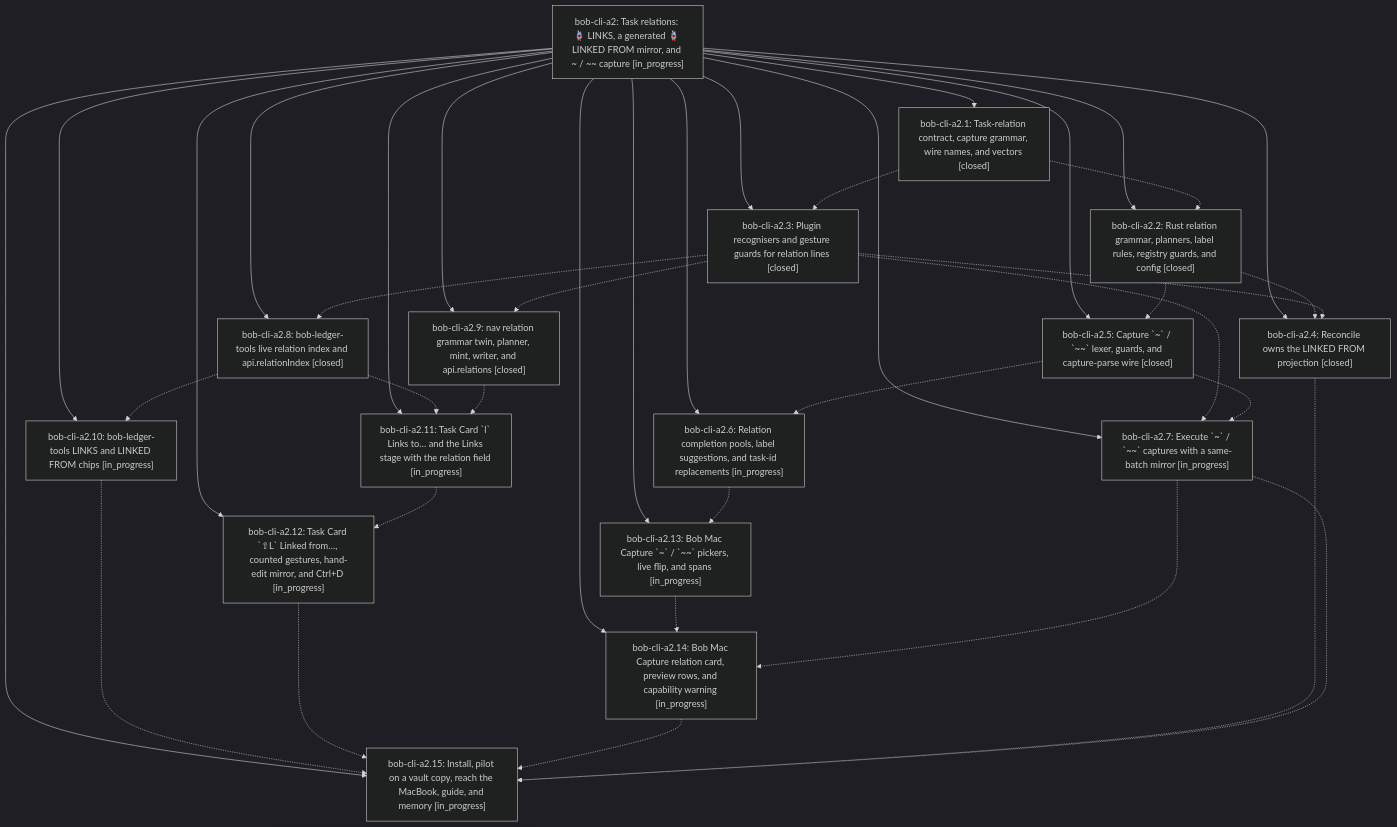
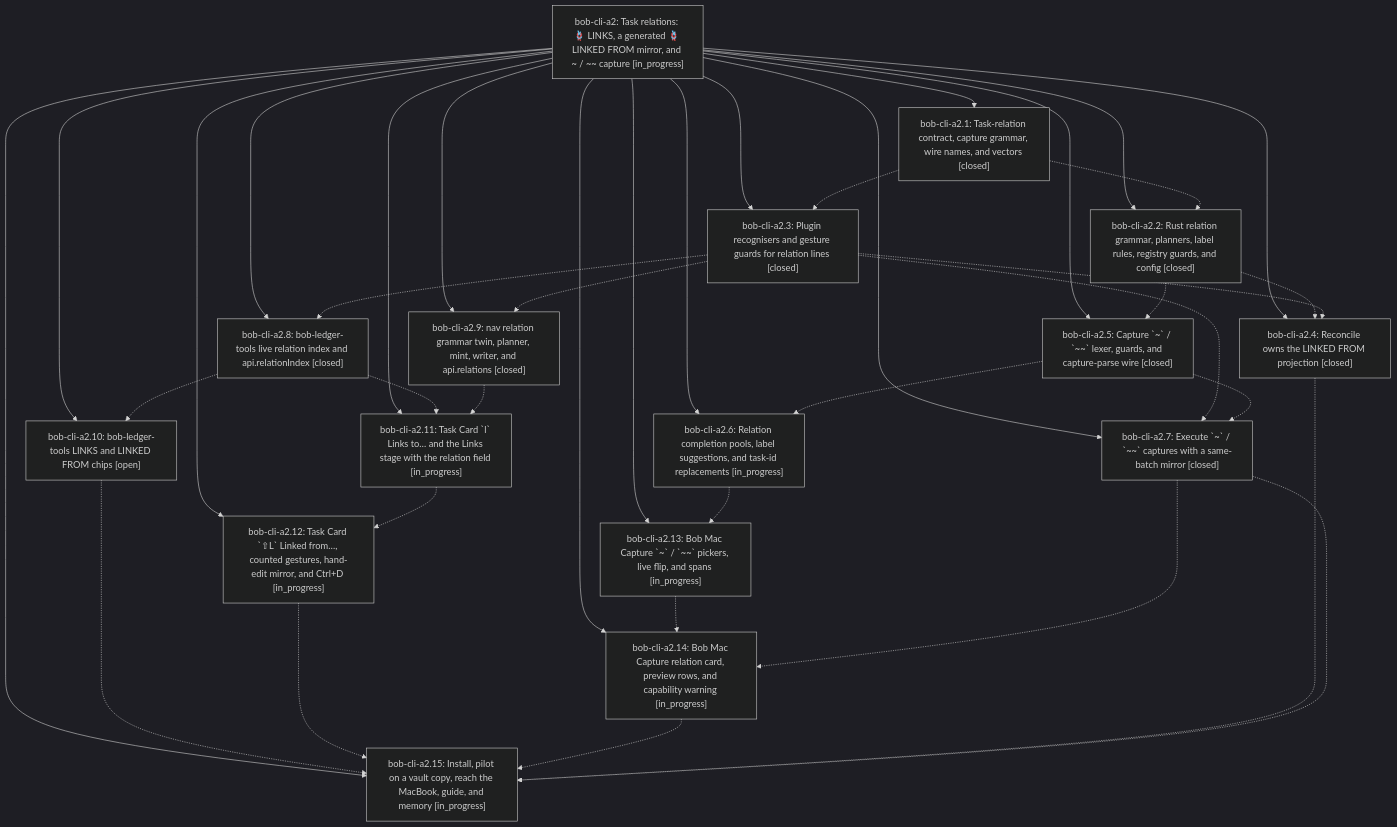
Before and after one commit to bobs-org/bob-cli--beads: the diagram in pages/bob-cli-a2/README.md, drawn with Mermaid (dark theme). The commit also changed other lines of this file and 9 other files, not shown here.

First line of the commit message:
chore(beads): sync bead state and pages for bob-cli-a2

````diff
--- a/pages/bob-cli-a2/README.md
+++ b/pages/bob-cli-a2/README.md
@@ -50,56 +50,56 @@
 ```mermaid
 flowchart TD
     n0["bob-cli-a2: Task relations: 🪢 LINKS, a generated 🪢 LINKED FROM mirror, and ~ / ~~ capture [in_progress]"]
     n1["bob-cli-a2.1: Task-relation contract, capture grammar, wire names, and vectors [closed]"]
-    n2["bob-cli-a2.10: bob-ledger-tools LINKS and LINKED FROM chips [in_progress]"]
+    n2["bob-cli-a2.10: bob-ledger-tools LINKS and LINKED FROM chips [open]"]
     n3["bob-cli-a2.11: Task Card `l` Links to… and the Links stage with the relation field [in_progress]"]
     n4["bob-cli-a2.12: Task Card `⇧L` Linked from…, counted gestures, hand-edit mirror, and Ctrl+D [in_progress]"]
     n5["bob-cli-a2.13: Bob Mac Capture `~` / `~~` pickers, live flip, and spans [in_progress]"]
     n6["bob-cli-a2.14: Bob Mac Capture relation card, preview rows, and capability warning [in_progress]"]
     n7["bob-cli-a2.15: Install, pilot on a vault copy, reach the MacBook, guide, and memory [in_progress]"]
     n8["bob-cli-a2.2: Rust relation grammar, planners, label rules, registry guards, and config [closed]"]
     n9["bob-cli-a2.3: Plugin recognisers and gesture guards for relation lines [closed]"]
     n10["bob-cli-a2.4: Reconcile owns the LINKED FROM projection [closed]"]
     n11["bob-cli-a2.5: Capture `~` / `~~` lexer, guards, and capture-parse wire [closed]"]
     n12["bob-cli-a2.6: Relation completion pools, label suggestions, and task-id replacements [in_progress]"]
-    n13["bob-cli-a2.7: Execute `~` / `~~` captures with a same-batch mirror [in_progress]"]
+    n13["bob-cli-a2.7: Execute `~` / `~~` captures with a same-batch mirror [closed]"]
     n14["bob-cli-a2.8: bob-ledger-tools live relation index and api.relationIndex [closed]"]
     n15["bob-cli-a2.9: nav relation grammar twin, planner, mint, writer, and api.relations [closed]"]
     n0 --> n1
     n0 --> n2
     n0 --> n3
     n0 --> n4
     n0 --> n5
     n0 --> n6
     n0 --> n7
     n0 --> n8
     n0 --> n9
     n0 --> n10
     n0 --> n11
     n0 --> n12
     n0 --> n13
     n0 --> n14
     n0 --> n15
     n1 -.-> n8
     n1 -.-> n9
     n2 -.-> n7
     n3 -.-> n4
     n4 -.-> n7
     n5 -.-> n6
     n6 -.-> n7
     n8 -.-> n10
     n8 -.-> n11
     n9 -.-> n10
     n9 -.-> n13
     n9 -.-> n14
     n9 -.-> n15
     n10 -.-> n7
     n11 -.-> n12
     n11 -.-> n13
     n12 -.-> n5
     n13 -.-> n6
     n13 -.-> n7
     n14 -.-> n2
     n14 -.-> n3
     n15 -.-> n3
 ```
````
